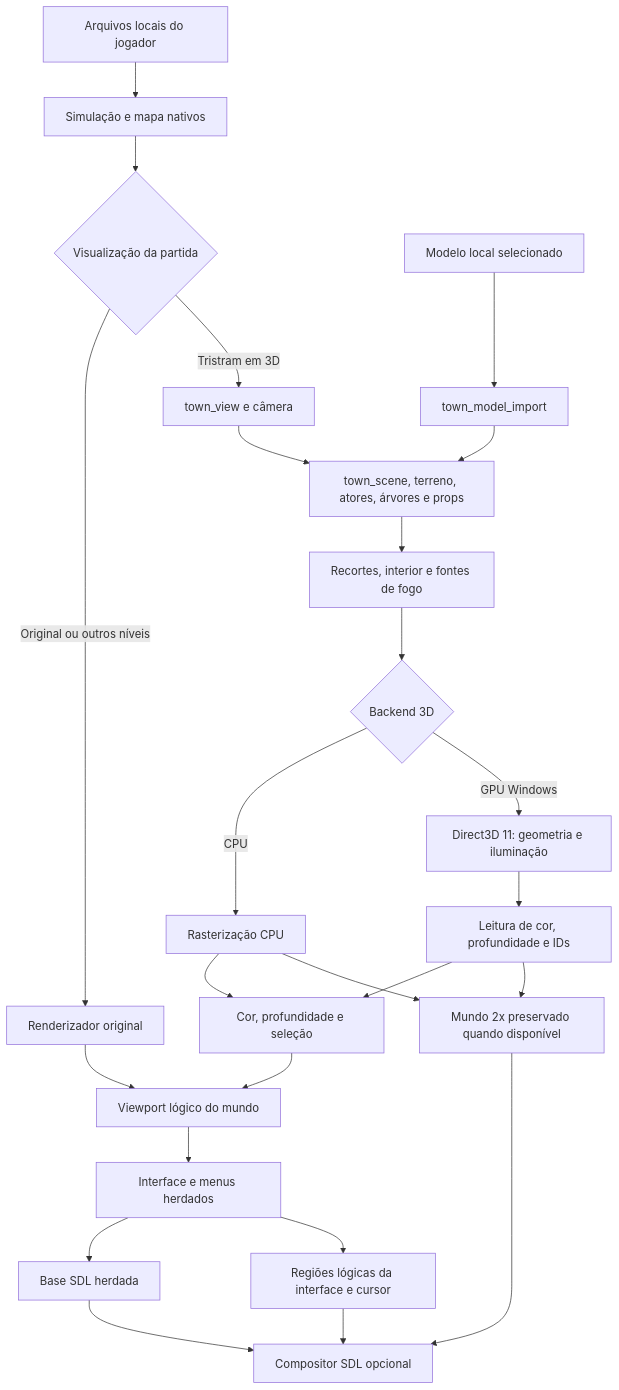
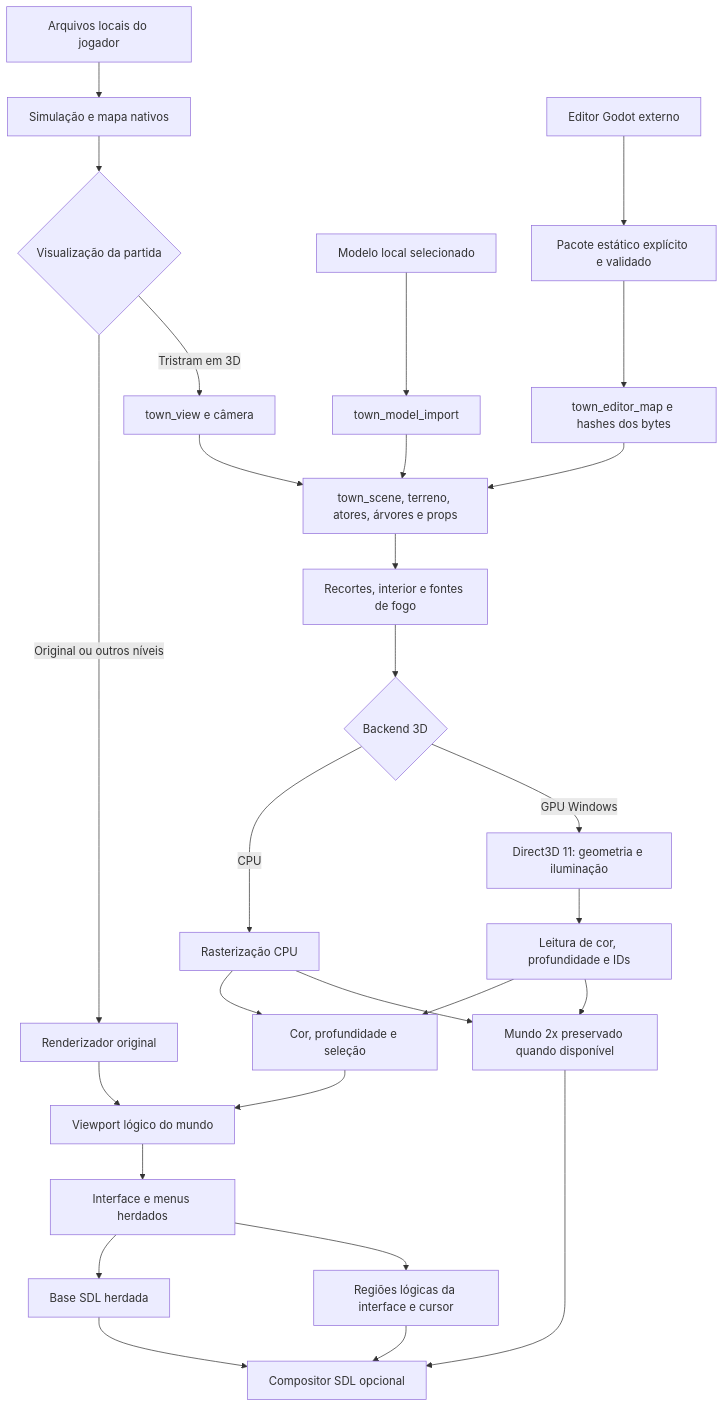
The first of 4 diagrams in docs/PROJECT-EXECUTION.md (douglasopan/diablo-3d), drawn with Mermaid before and after one commit. The commit also changed other lines of this file and 51 other files, not shown here.

First line of the commit message:
Add Godot architecture editor and verified review-pack bridge

````diff
--- a/docs/PROJECT-EXECUTION.md
+++ b/docs/PROJECT-EXECUTION.md
@@ -47,27 +52,30 @@
 ```mermaid
 flowchart TD
     Data[Arquivos locais do jogador] --> Native[Simulação e mapa nativos]
     Native --> Choice{Visualização da partida}
     Choice -->|Original ou outros níveis| Original[Renderizador original]
     Choice -->|Tristram em 3D| View[town_view e câmera]
     View --> Scene[town_scene, terreno, atores, árvores e props]
     Local[Modelo local selecionado] --> Import[town_model_import]
     Import --> Scene
+    Godot[Editor Godot externo] --> Pack[Pacote estático explícito e validado]
+    Pack --> EditorMap[town_editor_map e hashes dos bytes]
+    EditorMap --> Scene
     Scene --> Openings[Recortes, interior e fontes de fogo]
     Openings --> Backend{Backend 3D}
     Backend -->|CPU| Raster[Rasterização CPU]
     Backend -->|GPU Windows| GPU[Direct3D 11: geometria e iluminação]
     GPU --> Readback[Leitura de cor, profundidade e IDs]
     Readback --> Resolve
     Readback --> HighRes
     Raster --> Resolve[Cor, profundidade e seleção]
     Raster --> HighRes[Mundo 2x preservado quando disponível]
     Resolve --> World[Viewport lógico do mundo]
     Original --> World
     World --> UI[Interface e menus herdados]
     UI --> SDL[Base SDL herdada]
     UI --> Regions[Regiões lógicas da interface e cursor]
     HighRes --> Layers[Compositor SDL opcional]
     Regions --> Layers
     SDL --> Layers
 ```
````
